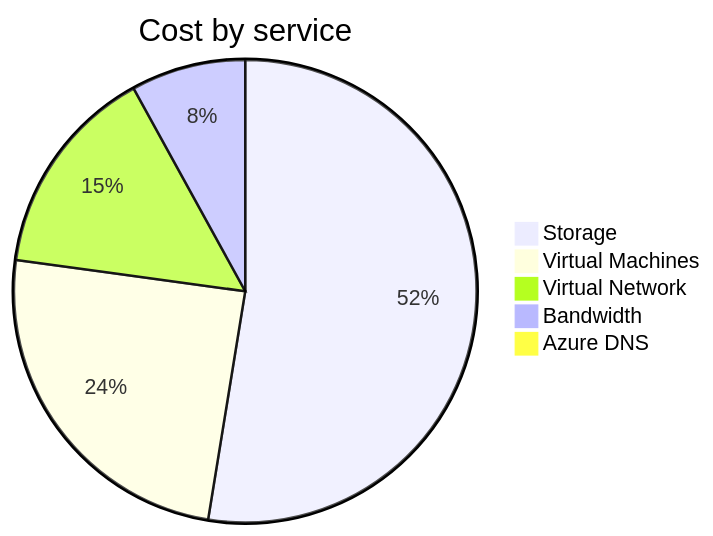
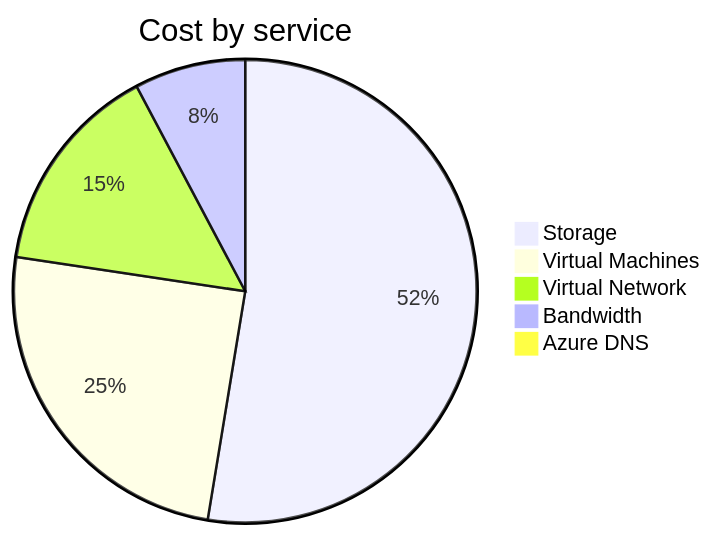
Before and after one commit to jpfulton/azure-personal-reports: the second of 4 diagrams in cost-reports/personal-network/README.md, drawn with Mermaid. The commit also changed other lines of this file and 8 other files, not shown here.

````diff
--- a/cost-reports/personal-network/README.md
+++ b/cost-reports/personal-network/README.md
@@ -99,9 +99,9 @@
 ```mermaid
 pie
    title Cost by service
-   "Storage" : 21.20
-   "Virtual Machines" : 9.92
-   "Virtual Network" : 5.98
+   "Storage" : 21.89
+   "Virtual Machines" : 10.31
+   "Virtual Network" : 6.19
    "Bandwidth" : 3.23
-   "Azure DNS" : 0.40
+   "Azure DNS" : 0.41
 ```
````
